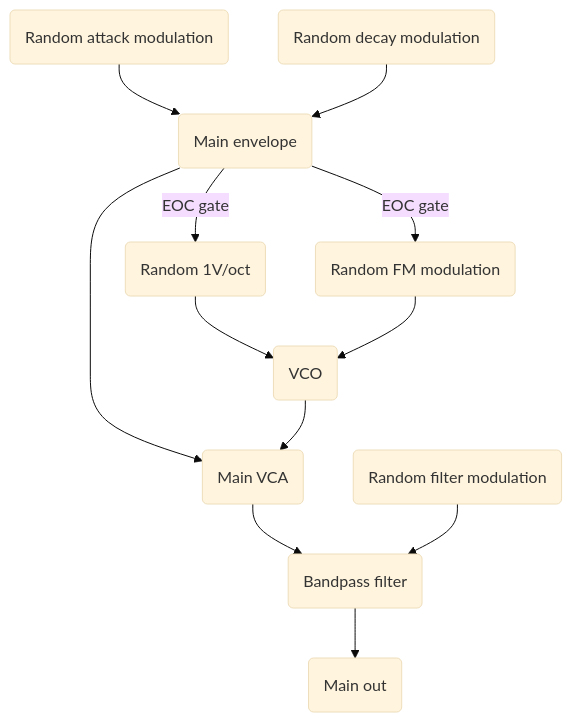
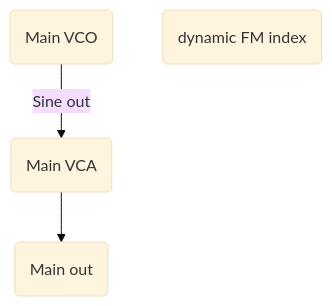
The diagram in _drafts/the_bells.md (aidanreilly/man_synth), drawn with Mermaid (base theme) before and after one commit. The commit also changed other lines of this file, not shown here.

```diff
--- a/_drafts/the_bells.md
+++ b/_drafts/the_bells.md
@@ -28,14 +28,7 @@
 <div class="mermaid" align="center">
 graph TD;
-A(Main envelope) -->B(Main VCA)
-A(Main envelope) -->|EOC gate|J(Random 1V/oct)
-A(Main envelope) -->|EOC gate|K(Random FM modulation)
-I(VCO)-->B(Main VCA)
-J(Random 1V/oct)-->I(VCO)
-K(Random FM modulation)-->I(VCO)
-E(Random attack modulation)-->A(Main envelope)
-F(Random decay modulation)-->A(Main envelope)
-B(Main VCA)-->D(Bandpass filter)
-G(Random filter modulation)-->D(Bandpass filter)
-D(Bandpass filter)-->H(Main out)
+A(Main VCO) -->|Sine out|B(Main VCA)
+B(Main VCA)-->D(Main out)
+C(dynamic FM index)
+
 </div>
```
